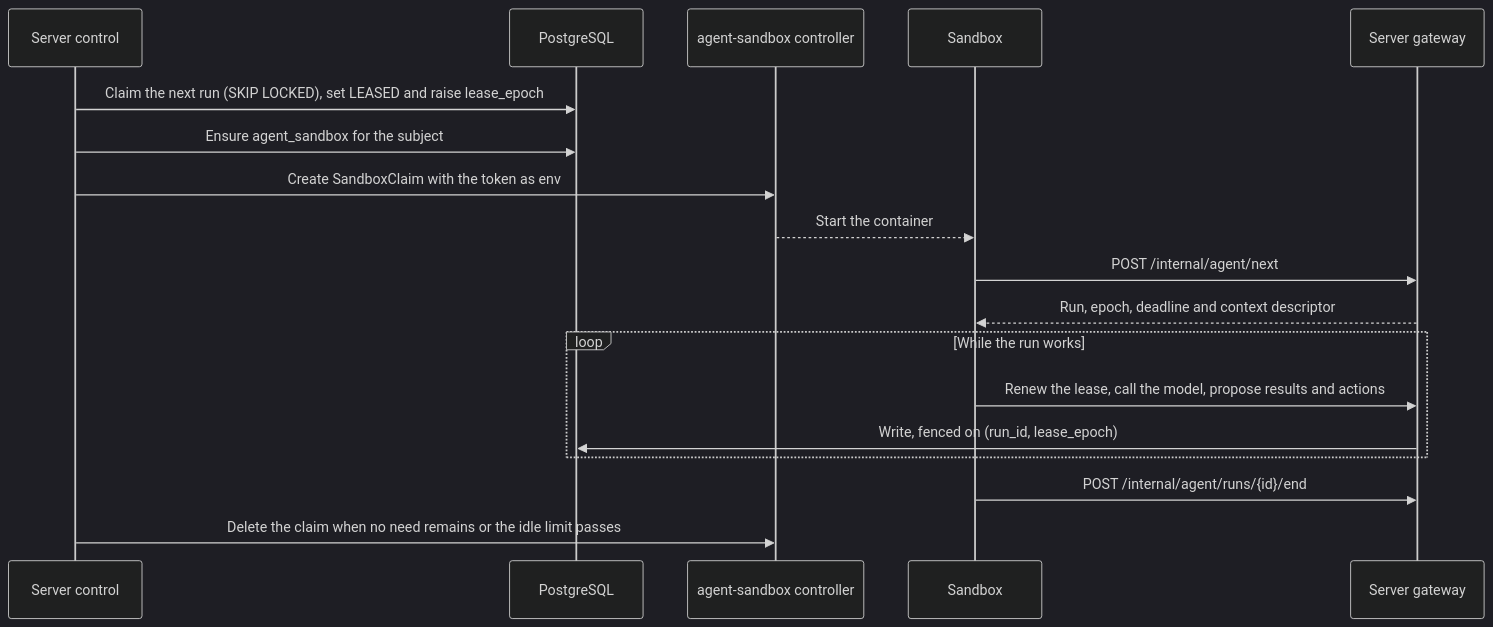
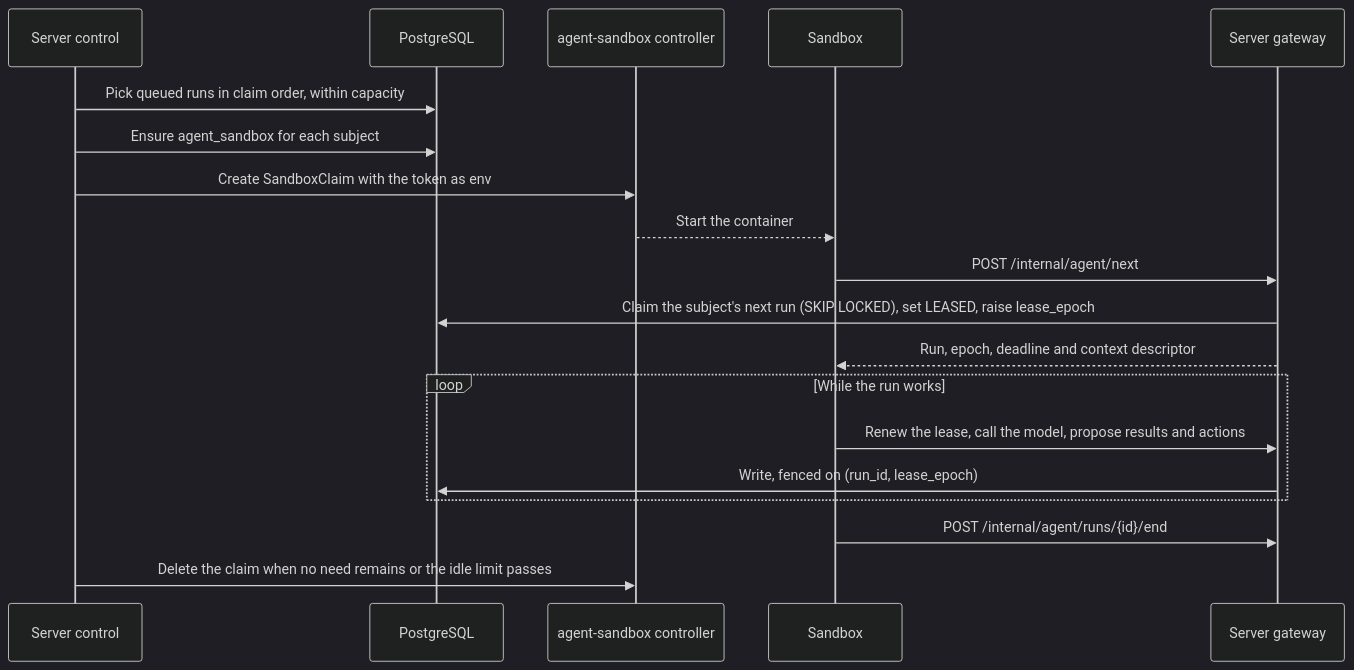
One commit to hephaestus-build/Hephaestus changed the third of 3 diagrams in docs/decisions/0079-one-agent-system.md. Above: the diagram before and after it, drawn with Mermaid (dark theme). The commit also changed other lines of this file and 15 other files, not shown here.

````diff
--- a/docs/decisions/0079-one-agent-system.md
+++ b/docs/decisions/0079-one-agent-system.md
@@ -420,22 +450,23 @@
 ```mermaid
 sequenceDiagram
     accTitle: One run from claim to end
-    accDescr: A server replica claims the next run and ensures a sandbox for its subject. The sandbox starts, asks the gateway for its next run, renews the lease, makes model calls and proposes results and actions. The server admits them. The run ends, and the reaper later deletes the idle sandbox.
+    accDescr: A server replica picks queued runs in claim order and ensures a sandbox for each subject. The sandbox starts and asks the gateway for its next run, and the gateway claims it. The sandbox renews the lease, makes model calls and proposes results and actions. The server admits them. The run ends, and the reaper later deletes the idle sandbox.
     participant C as Server control
     participant DB as PostgreSQL
     participant K as agent-sandbox controller
     participant S as Sandbox
     participant G as Server gateway
-    C->>DB: Claim the next run (SKIP LOCKED), set LEASED and raise lease_epoch
-    C->>DB: Ensure agent_sandbox for the subject
+    C->>DB: Pick queued runs in claim order, within capacity
+    C->>DB: Ensure agent_sandbox for each subject
     C->>K: Create SandboxClaim with the token as env
     K-->>S: Start the container
     S->>G: POST /internal/agent/next
+    G->>DB: Claim the subject's next run (SKIP LOCKED), set LEASED, raise lease_epoch
     G-->>S: Run, epoch, deadline and context descriptor
     loop While the run works
         S->>G: Renew the lease, call the model, propose results and actions
         G->>DB: Write, fenced on (run_id, lease_epoch)
     end
     S->>G: POST /internal/agent/runs/{id}/end
     C->>K: Delete the claim when no need remains or the idle limit passes
 ```
````
